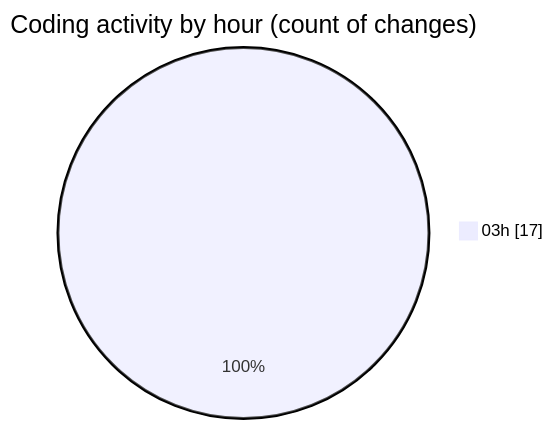
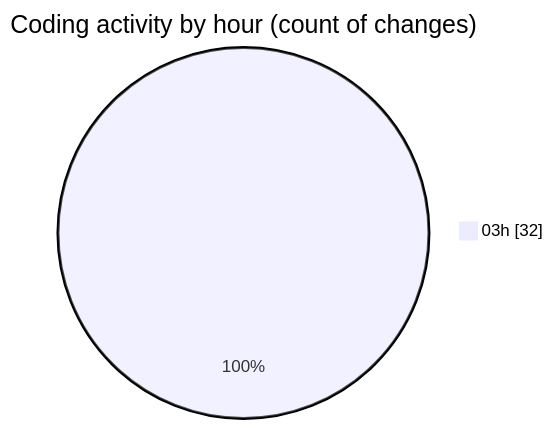
One commit to ernivani/code-tracking changed the second of 2 diagrams in repositories/2024-12-28/leetcode-solutions/README.md. Above: the diagram before and after it, drawn with Mermaid. The commit also changed other lines of this file and 1 other file, not shown here.

````diff
--- a/repositories/2024-12-28/leetcode-solutions/README.md
+++ b/repositories/2024-12-28/leetcode-solutions/README.md
@@ -35,5 +38,5 @@
 ```mermaid
 pie showData
 title Coding activity by hour (count of changes)
-"03h" : 17
+"03h" : 32
 ```
````
